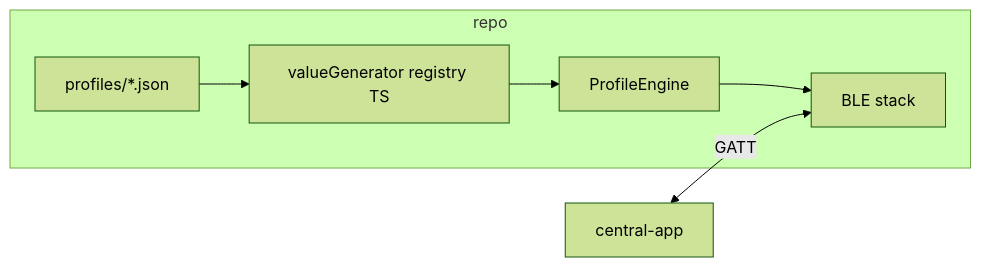
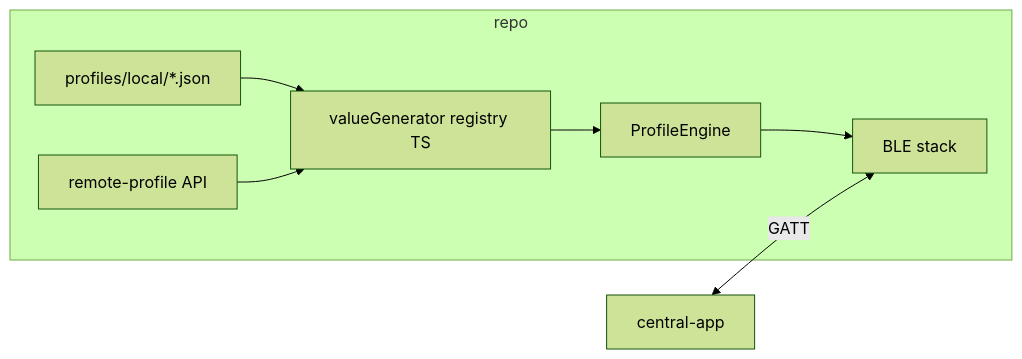
The diagram in docs/architecture.md (BMR11/ble-validation-platform), drawn with Mermaid (forest theme) before and after one commit. The commit also changed other lines of this file and 56 other files, not shown here.

First line of the commit message:
feat: remote-profile app, local/remote profiles, env-based config

````diff
--- a/docs/architecture.md
+++ b/docs/architecture.md
@@ -14,12 +14,14 @@
 ```mermaid
 flowchart LR
   subgraph repo
-    JSON[profiles/*.json]
+    JSON[profiles/local/*.json]
+    REM[remote-profile API]
     VG[valueGenerator registry TS]
     PE[ProfileEngine]
     JSON --> VG
+    REM --> VG
     VG --> PE
     PE --> NATIVE[BLE stack]
   end
   CENTRAL[central-app] <-- GATT --> NATIVE
 ```
````
